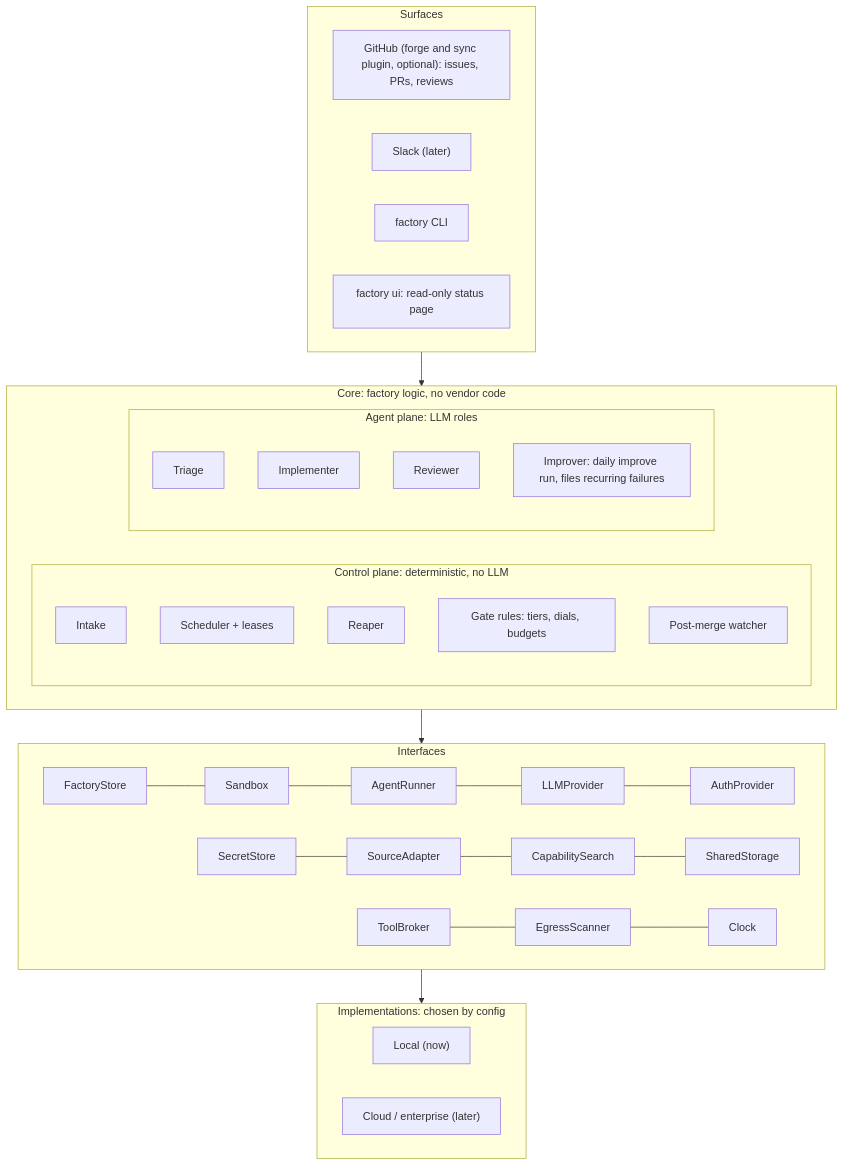
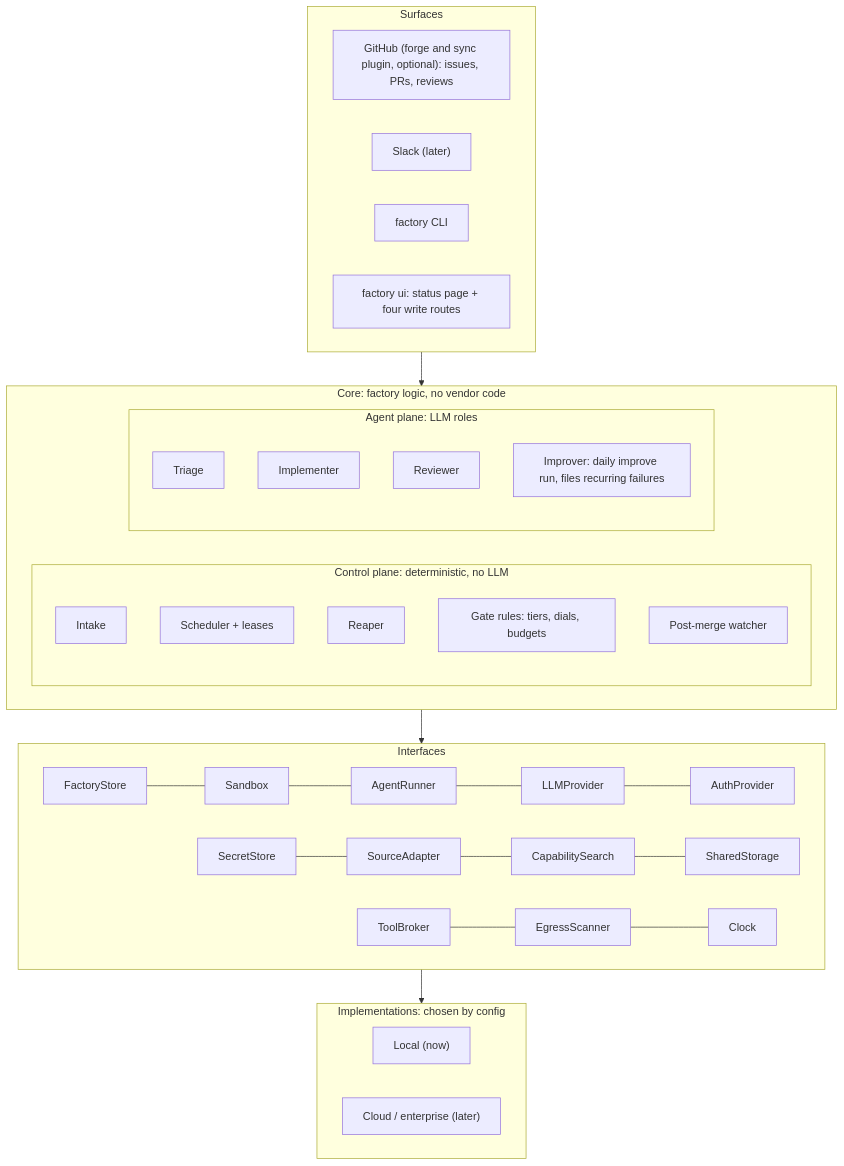
One commit to seonWKim/software-factory changed the first of 6 diagrams in docs/architecture.md. Above: the diagram before and after it, drawn with Mermaid. The commit also changed other lines of this file, not shown here.

Commit message:
Docs: the status page has four CSRF-checked write routes, not read-only

````diff
--- a/docs/architecture.md
+++ b/docs/architecture.md
@@ -15,44 +15,44 @@
 ```mermaid
 graph TB
   subgraph SURF["Surfaces"]
     direction LR
     GH["GitHub (forge and sync plugin, optional): issues, PRs, reviews"]
     SL["Slack (later)"]
     CLI["factory CLI"]
-    UI["factory ui: read-only status page"]
+    UI["factory ui: status page + four write routes"]
   end
 
   subgraph CORE["Core: factory logic, no vendor code"]
     direction LR
     subgraph CP["Control plane: deterministic, no LLM"]
       direction TB
       IN["Intake"]
       MG["Scheduler + leases"]
       RP["Reaper"]
       GT["Gate rules: tiers, dials, budgets"]
       PM["Post-merge watcher"]
     end
     subgraph AP["Agent plane: LLM roles"]
       direction TB
       TR["Triage"]
       IM["Implementer"]
       RV["Reviewer"]
       IMP["Improver: daily improve run, files recurring failures"]
     end
   end
 
   subgraph IF["Interfaces"]
     direction LR
     I1["FactoryStore"] --- I2["Sandbox"] --- I3["AgentRunner"] --- I4["LLMProvider"] --- I5["AuthProvider"]
     I6["SecretStore"] --- I7["SourceAdapter"] --- I8["CapabilitySearch"] --- I9["SharedStorage"]
     I10["ToolBroker"] --- I11["EgressScanner"] --- I12["Clock"]
   end
 
   subgraph IMPL["Implementations: chosen by config"]
     direction LR
     LOC["Local (now)"]
     CLD["Cloud / enterprise (later)"]
   end
 
   SURF --> CORE --> IF --> IMPL
 ```
````
